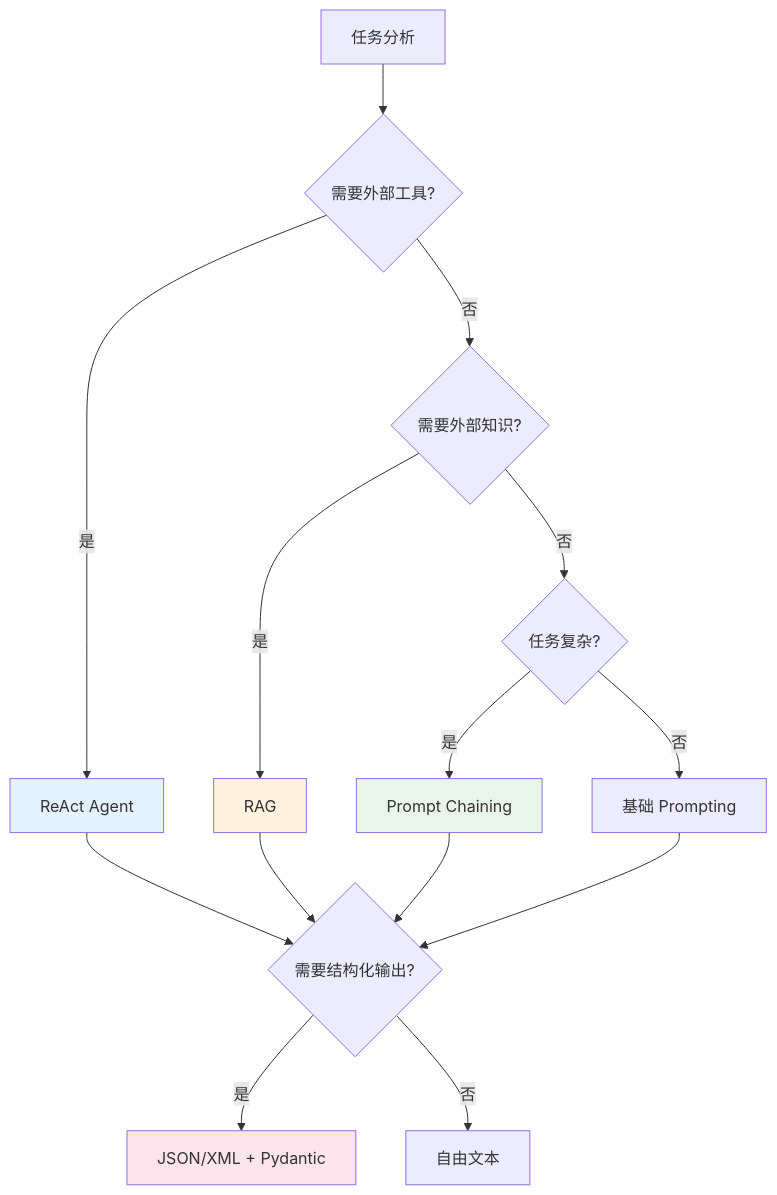
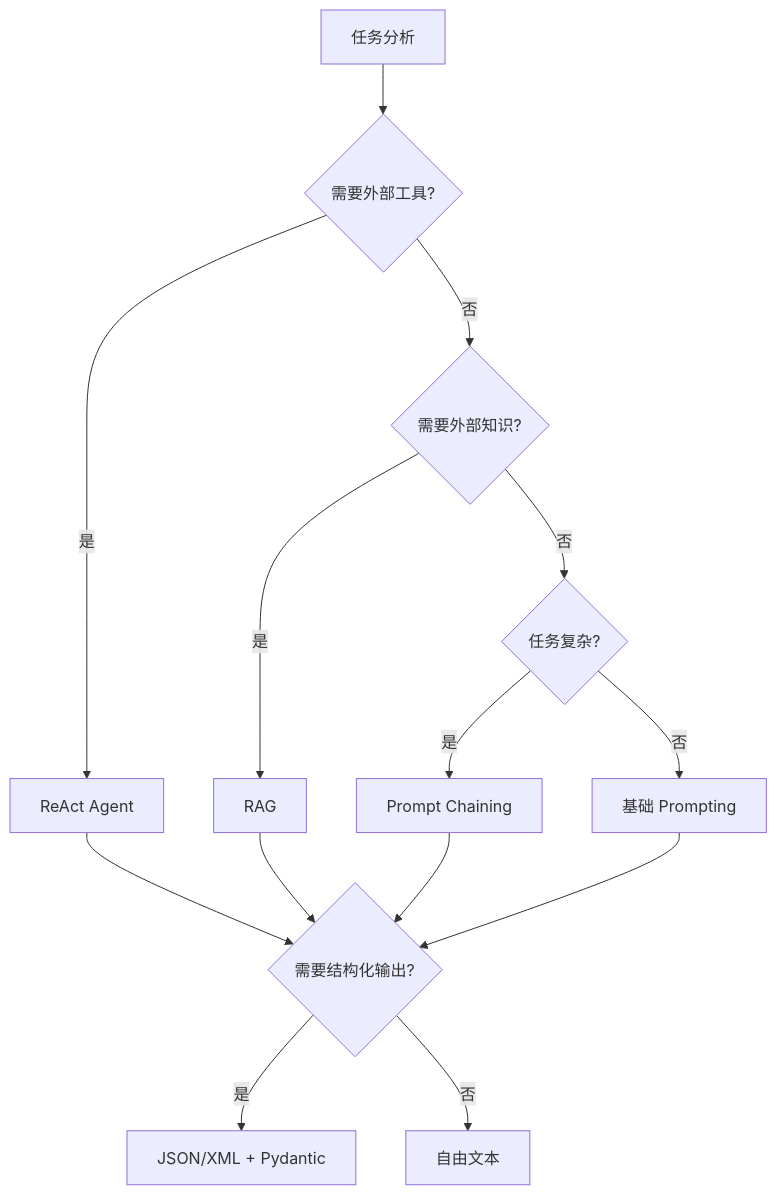
One commit to yuexiaoliang/prompt-engineering-learning changed the sixth of 6 diagrams in 04-agents-tools-zh.md. Above: the diagram before and after it, drawn with Mermaid. The commit also changed other lines of this file and 9 other files, not shown here.

First line of the commit message:
fix(prompt-engineering): remove hardcoded mermaid fill styles for theme auto-adaptation

````diff
--- a/04-agents-tools-zh.md
+++ b/04-agents-tools-zh.md
@@ -926,25 +912,21 @@
 ```mermaid
 flowchart TD
     A[任务分析] --> B{需要外部工具?}
     B -->|是| C[ReAct Agent]
     B -->|否| D{需要外部知识?}
 
     D -->|是| E[RAG]
     D -->|否| F{任务复杂?}
 
     F -->|是| G[Prompt Chaining]
     F -->|否| H[基础 Prompting]
 
     C --> I{需要结构化输出?}
     E --> I
     G --> I
     H --> I
 
     I -->|是| J[JSON/XML + Pydantic]
     I -->|否| K[自由文本]
 
-    style C fill:#e3f2fd
-    style E fill:#fff3e0
-    style G fill:#e8f5e9
-    style J fill:#fce4ec
 ```
````
